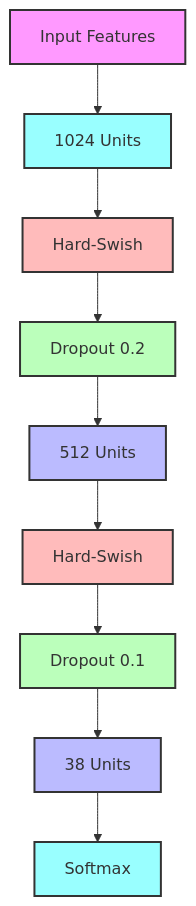
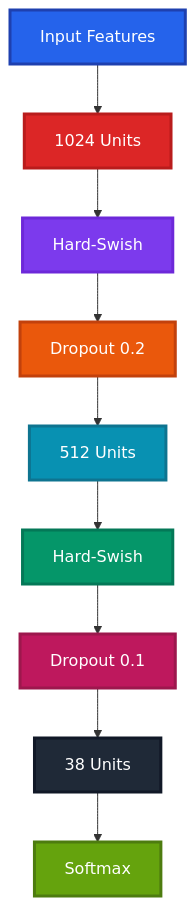
Before and after one commit to VIKAS9793/KrishiRakshak-2.0: the fourth of 4 diagrams in docs/ARCHITECTURE.md, drawn with Mermaid. The commit also changed other lines of this file, not shown here.

First line of the commit message:
docs: fix Mermaid diagram rendering issues

````diff
--- a/docs/ARCHITECTURE.md
+++ b/docs/ARCHITECTURE.md
@@ -191,21 +191,21 @@
 ```mermaid
 graph TD
     A[Input Features] --> B[1024 Units]
     B --> C[Hard-Swish]
     C --> D[Dropout 0.2]
     D --> E[512 Units]
     E --> F[Hard-Swish]
     F --> G[Dropout 0.1]
     G --> H[38 Units]
     H --> I[Softmax]
 
-    style A fill:#f9f,stroke:#333,stroke-width:2px
-    style B fill:#9ff,stroke:#333,stroke-width:2px
-    style C fill:#fbb,stroke:#333,stroke-width:2px
-    style D fill:#bfb,stroke:#333,stroke-width:2px
-    style E fill:#bbf,stroke:#333,stroke-width:2px
-    style F fill:#fbb,stroke:#333,stroke-width:2px
-    style G fill:#bfb,stroke:#333,stroke-width:2px
-    style H fill:#bbf,stroke:#333,stroke-width:2px
-    style I fill:#9ff,stroke:#333,stroke-width:2px
+    style A fill:#2563eb,stroke:#1e40af,stroke-width:3px,color:#ffffff
+    style B fill:#dc2626,stroke:#b91c1c,stroke-width:3px,color:#ffffff
+    style C fill:#7c3aed,stroke:#6d28d9,stroke-width:3px,color:#ffffff
+    style D fill:#ea580c,stroke:#c2410c,stroke-width:3px,color:#ffffff
+    style E fill:#0891b2,stroke:#0e7490,stroke-width:3px,color:#ffffff
+    style F fill:#059669,stroke:#047857,stroke-width:3px,color:#ffffff
+    style G fill:#be185d,stroke:#9d174d,stroke-width:3px,color:#ffffff
+    style H fill:#1f2937,stroke:#111827,stroke-width:3px,color:#ffffff
+    style I fill:#65a30d,stroke:#4d7c0f,stroke-width:3px,color:#ffffff
 ```
````
